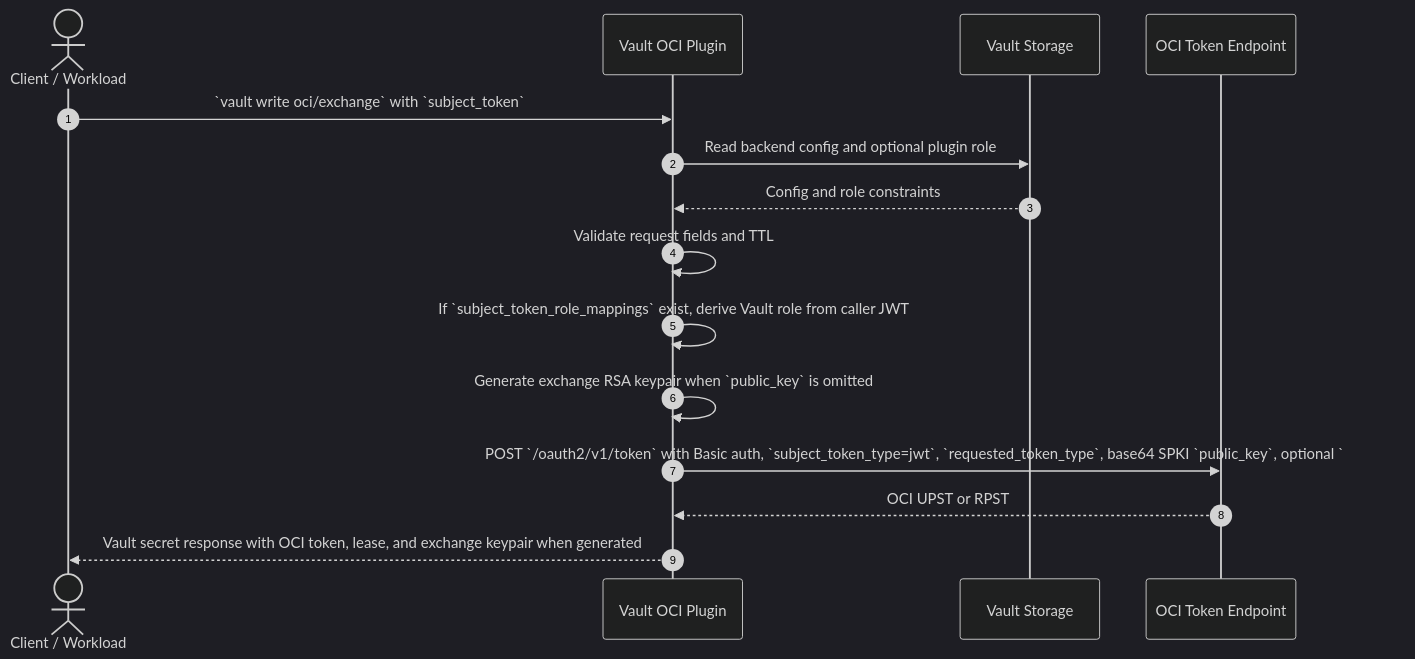
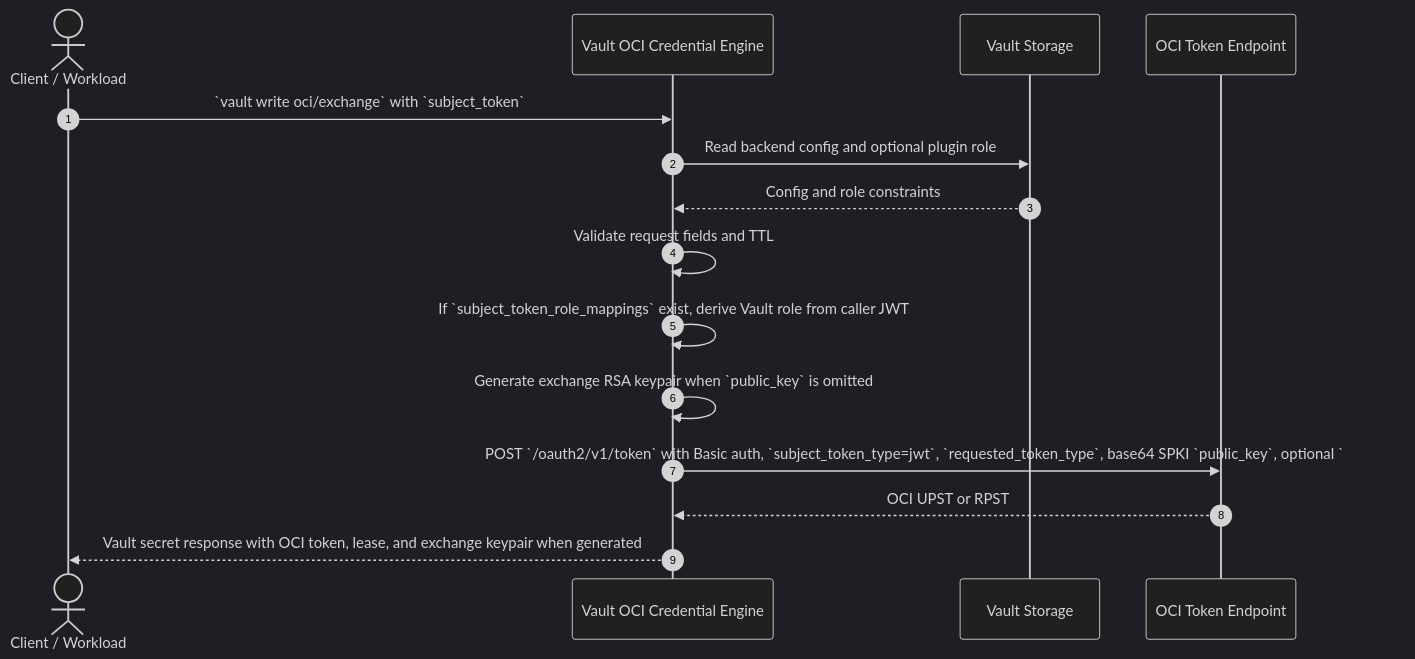
Before and after one commit to gtrevorrow/Hashicorp-OCI-credential-engine: the first of 4 diagrams in README.md, drawn with Mermaid (dark theme). The commit also changed other lines of this file and 5 other files, not shown here.

Commit message:
docs(diagrams): rename engine actor label

````diff
--- a/README.md
+++ b/README.md
@@ -24,18 +24,18 @@
 ```mermaid
 sequenceDiagram
     autonumber
     actor C as Client / Workload
-    participant V as Vault OCI Plugin
+    participant V as Vault OCI Credential Engine
     participant S as Vault Storage
     participant O as OCI Token Endpoint
 
     C->>V: `vault write oci/exchange` with `subject_token`
     V->>S: Read backend config and optional plugin role
     S-->>V: Config and role constraints
     V->>V: Validate request fields and TTL
     V->>V: If `subject_token_role_mappings` exist, derive Vault role from caller JWT
     V->>V: Generate exchange RSA keypair when `public_key` is omitted
     V->>O: POST `/oauth2/v1/token` with Basic auth, `subject_token_type=jwt`, `requested_token_type`, base64 SPKI `public_key`, optional `res_type`
     O-->>V: OCI UPST or RPST
     V-->>C: Vault secret response with OCI token, lease, and exchange keypair when generated
 ```
````
